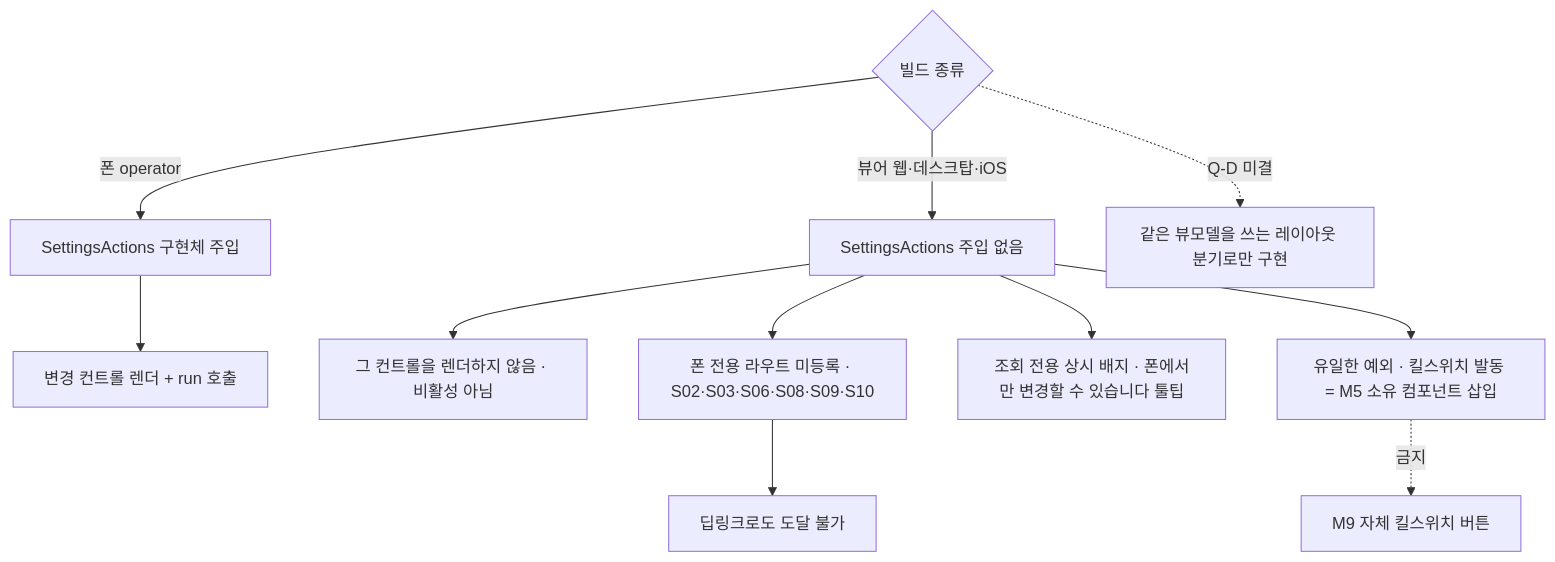
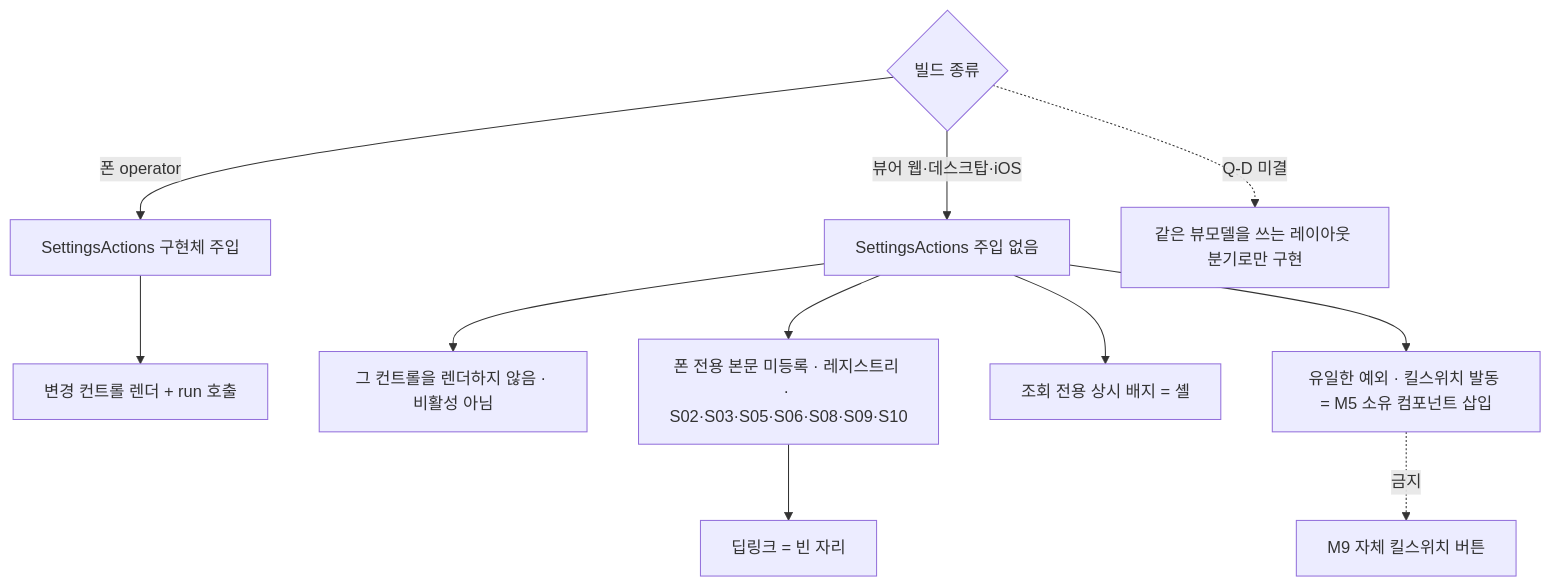
One commit to billybeom/AutoAlphaQuant changed diagram 23 of 24 in docs/ai-context/05_화면명세_M9_설정_관리자.md. Above: the diagram before and after it, drawn with Mermaid. The commit also changed other lines of this file and 9 other files, not shown here.

````diff
--- a/docs/ai-context/05_화면명세_M9_설정_관리자.md
+++ b/docs/ai-context/05_화면명세_M9_설정_관리자.md
@@ -900,14 +907,14 @@
 ```mermaid
 flowchart TD
   BUILD{"빌드 종류"}
   BUILD -->|"폰 operator"| PH["SettingsActions 구현체 주입"]
   BUILD -->|"뷰어 웹·데스크탑·iOS"| VW["SettingsActions 주입 없음"]
   PH --> CTRL["변경 컨트롤 렌더 + run 호출"]
   VW --> NORENDER["그 컨트롤을 렌더하지 않음 · 비활성 아님"]
-  VW --> ROUTE["폰 전용 라우트 미등록 · S02·S03·S06·S08·S09·S10"]
-  ROUTE --> DEEP["딥링크로도 도달 불가"]
-  VW --> BADGE["조회 전용 상시 배지 · 폰에서만 변경할 수 있습니다 툴팁"]
+  VW --> ROUTE["폰 전용 본문 미등록 · 레지스트리 · S02·S03·S05·S06·S08·S09·S10"]
+  ROUTE --> DEEP["딥링크 = 빈 자리"]
+  VW --> BADGE["조회 전용 상시 배지 = 셸"]
   VW --> KS["유일한 예외 · 킬스위치 발동 = M5 소유 컴포넌트 삽입"]
   KS -.->|"금지"| OWN["M9 자체 킬스위치 버튼"]
   BUILD -.->|"Q-D 미결"| LAYOUT["같은 뷰모델을 쓰는 레이아웃 분기로만 구현"]
 ```
````
